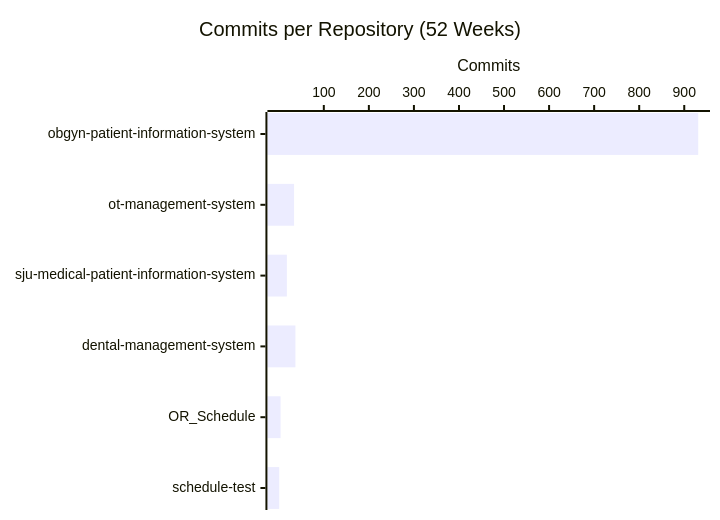
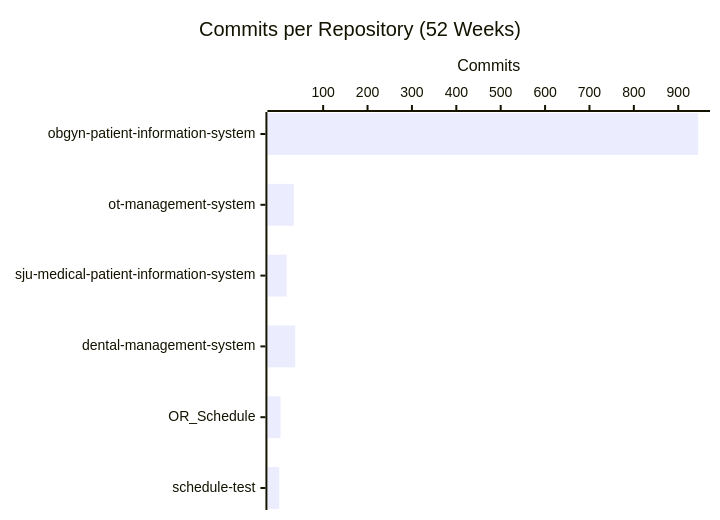
Before and after one commit to CSTH-Projects/.github: the second of 4 diagrams in profile/README.md, drawn with Mermaid. The commit also changed other lines of this file, not shown here.

````diff
--- a/profile/README.md
+++ b/profile/README.md
@@ -24,7 +24,7 @@
 ```mermaid
 xychart-beta horizontal
     title "Commits per Repository (52 Weeks)"
     x-axis ["obgyn-patient-information-system", "ot-management-system", "sju-medical-patient-information-system", "dental-management-system", "OR_Schedule", "schedule-test"]
     y-axis "Commits"
-    bar [931, 34, 18, 37, 4, 1]
+    bar [945, 34, 18, 37, 4, 1]
 ```
````
